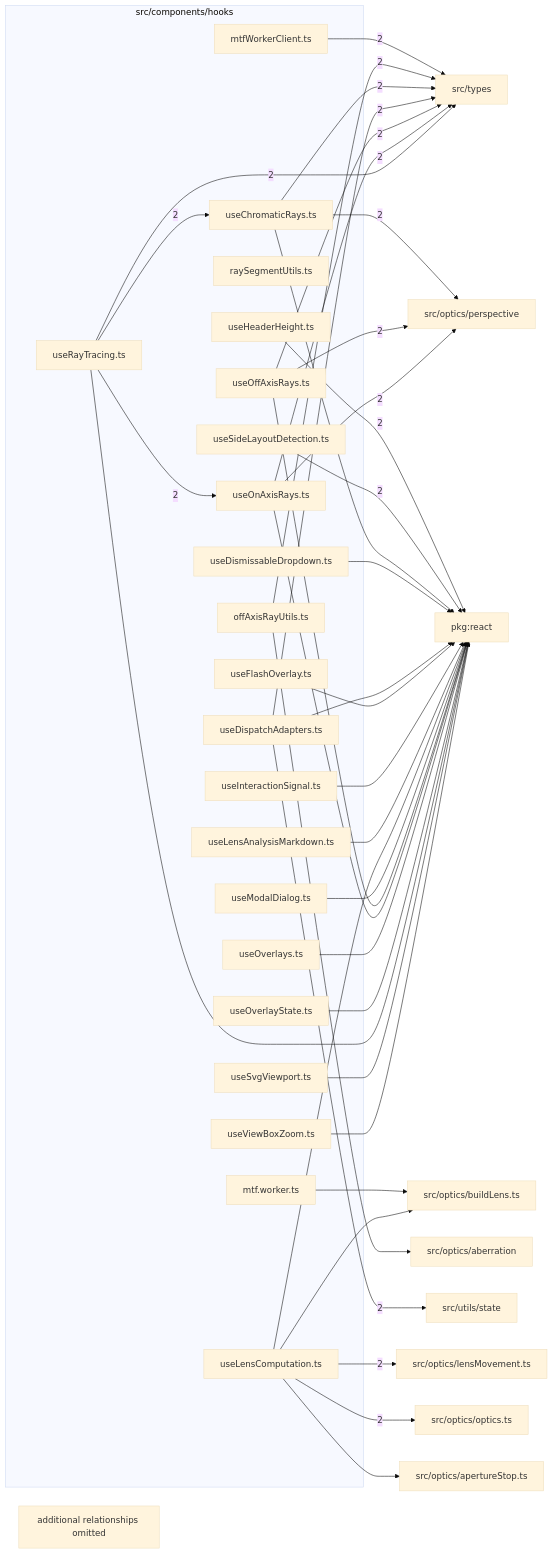
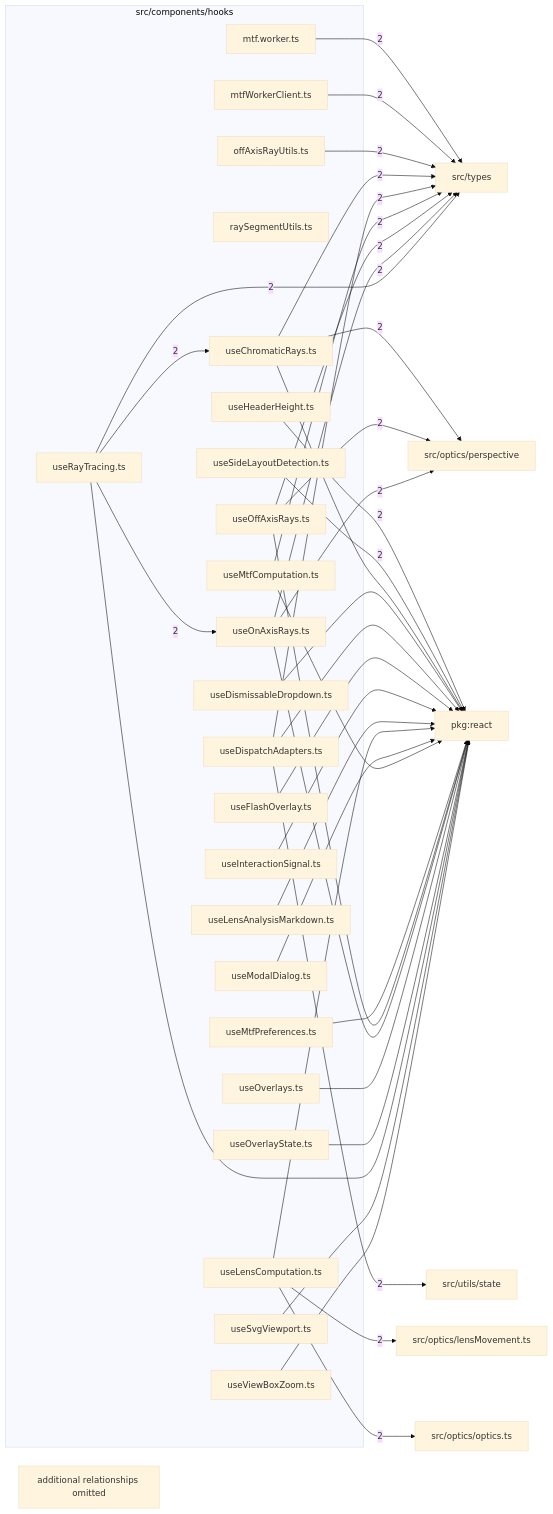
Before and after one commit to ronbuening/LensVisualizer: the diagram in src/components/hooks/readme.md, drawn with Mermaid (base theme). The commit also changed other lines of this file and 41 other files, not shown here.

````diff
--- a/src/components/hooks/readme.md
+++ b/src/components/hooks/readme.md
@@ -9,72 +9,71 @@
 ```mermaid
 flowchart LR
   subgraph n_src_components_hooks["src/components/hooks"]
     n_src_components_hooks_src_components_hooks_mtf_worker_ts["mtf.worker.ts"]
     n_src_components_hooks_src_components_hooks_mtfWorkerClient_ts["mtfWorkerClient.ts"]
     n_src_components_hooks_src_components_hooks_offAxisRayUtils_ts["offAxisRayUtils.ts"]
     n_src_components_hooks_src_components_hooks_raySegmentUtils_ts["raySegmentUtils.ts"]
     n_src_components_hooks_src_components_hooks_useChromaticRays_ts["useChromaticRays.ts"]
     n_src_components_hooks_src_components_hooks_useDismissableDropdown_ts["useDismissableDropdown.ts"]
     n_src_components_hooks_src_components_hooks_useDispatchAdapters_ts["useDispatchAdapters.ts"]
     n_src_components_hooks_src_components_hooks_useFlashOverlay_ts["useFlashOverlay.ts"]
     n_src_components_hooks_src_components_hooks_useHeaderHeight_ts["useHeaderHeight.ts"]
     n_src_components_hooks_src_components_hooks_useInteractionSignal_ts["useInteractionSignal.ts"]
     n_src_components_hooks_src_components_hooks_useLensAnalysisMarkdown_ts["useLensAnalysisMarkdown.ts"]
     n_src_components_hooks_src_components_hooks_useLensComputation_ts["useLensComputation.ts"]
     n_src_components_hooks_src_components_hooks_useModalDialog_ts["useModalDialog.ts"]
+    n_src_components_hooks_src_components_hooks_useMtfComputation_ts["useMtfComputation.ts"]
+    n_src_components_hooks_src_components_hooks_useMtfPreferences_ts["useMtfPreferences.ts"]
     n_src_components_hooks_src_components_hooks_useOffAxisRays_ts["useOffAxisRays.ts"]
     n_src_components_hooks_src_components_hooks_useOnAxisRays_ts["useOnAxisRays.ts"]
     n_src_components_hooks_src_components_hooks_useOverlays_ts["useOverlays.ts"]
     n_src_components_hooks_src_components_hooks_useOverlayState_ts["useOverlayState.ts"]
     n_src_components_hooks_src_components_hooks_useRayTracing_ts["useRayTracing.ts"]
     n_src_components_hooks_src_components_hooks_useSideLayoutDetection_ts["useSideLayoutDetection.ts"]
     n_src_components_hooks_src_components_hooks_useSvgViewport_ts["useSvgViewport.ts"]
     n_src_components_hooks_src_components_hooks_useViewBoxZoom_ts["useViewBoxZoom.ts"]
   end
   n_external_pkg_react["pkg:react"]
   n_external_src_optics_lensMovement_ts["src/optics/lensMovement.ts"]
   n_external_src_optics_optics_ts["src/optics/optics.ts"]
   n_external_src_optics_perspective["src/optics/perspective"]
   n_external_src_types["src/types"]
   n_external_src_utils_state["src/utils/state"]
-  n_external_src_optics_aberration["src/optics/aberration"]
-  n_external_src_optics_apertureStop_ts["src/optics/apertureStop.ts"]
-  n_external_src_optics_buildLens_ts["src/optics/buildLens.ts"]
   n_src_components_hooks_src_components_hooks_useHeaderHeight_ts --> |2| n_external_pkg_react
   n_src_components_hooks_src_components_hooks_useSideLayoutDetection_ts --> |2| n_external_pkg_react
   n_src_components_hooks_src_components_hooks_useLensComputation_ts --> |2| n_external_src_optics_lensMovement_ts
   n_src_components_hooks_src_components_hooks_useLensComputation_ts --> |2| n_external_src_optics_optics_ts
   n_src_components_hooks_src_components_hooks_useChromaticRays_ts --> |2| n_external_src_optics_perspective
   n_src_components_hooks_src_components_hooks_useOffAxisRays_ts --> |2| n_external_src_optics_perspective
   n_src_components_hooks_src_components_hooks_useOnAxisRays_ts --> |2| n_external_src_optics_perspective
+  n_src_components_hooks_src_components_hooks_mtf_worker_ts --> |2| n_external_src_types
   n_src_components_hooks_src_components_hooks_mtfWorkerClient_ts --> |2| n_external_src_types
   n_src_components_hooks_src_components_hooks_offAxisRayUtils_ts --> |2| n_external_src_types
   n_src_components_hooks_src_components_hooks_useChromaticRays_ts --> |2| n_external_src_types
   n_src_components_hooks_src_components_hooks_useDispatchAdapters_ts --> |2| n_external_src_types
+  n_src_components_hooks_src_components_hooks_useMtfComputation_ts --> |2| n_external_src_types
   n_src_components_hooks_src_components_hooks_useOffAxisRays_ts --> |2| n_external_src_types
   n_src_components_hooks_src_components_hooks_useOnAxisRays_ts --> |2| n_external_src_types
   n_src_components_hooks_src_components_hooks_useRayTracing_ts --> |2| n_external_src_types
   n_src_components_hooks_src_components_hooks_useDispatchAdapters_ts --> |2| n_external_src_utils_state
   n_src_components_hooks_src_components_hooks_useRayTracing_ts --> |2| n_src_components_hooks_src_components_hooks_useChromaticRays_ts
   n_src_components_hooks_src_components_hooks_useRayTracing_ts --> |2| n_src_components_hooks_src_components_hooks_useOnAxisRays_ts
   n_src_components_hooks_src_components_hooks_useChromaticRays_ts --> n_external_pkg_react
   n_src_components_hooks_src_components_hooks_useDismissableDropdown_ts --> n_external_pkg_react
   n_src_components_hooks_src_components_hooks_useDispatchAdapters_ts --> n_external_pkg_react
   n_src_components_hooks_src_components_hooks_useFlashOverlay_ts --> n_external_pkg_react
   n_src_components_hooks_src_components_hooks_useInteractionSignal_ts --> n_external_pkg_react
   n_src_components_hooks_src_components_hooks_useLensAnalysisMarkdown_ts --> n_external_pkg_react
   n_src_components_hooks_src_components_hooks_useLensComputation_ts --> n_external_pkg_react
   n_src_components_hooks_src_components_hooks_useModalDialog_ts --> n_external_pkg_react
+  n_src_components_hooks_src_components_hooks_useMtfComputation_ts --> n_external_pkg_react
+  n_src_components_hooks_src_components_hooks_useMtfPreferences_ts --> n_external_pkg_react
   n_src_components_hooks_src_components_hooks_useOffAxisRays_ts --> n_external_pkg_react
   n_src_components_hooks_src_components_hooks_useOnAxisRays_ts --> n_external_pkg_react
   n_src_components_hooks_src_components_hooks_useOverlays_ts --> n_external_pkg_react
   n_src_components_hooks_src_components_hooks_useOverlayState_ts --> n_external_pkg_react
   n_src_components_hooks_src_components_hooks_useRayTracing_ts --> n_external_pkg_react
   n_src_components_hooks_src_components_hooks_useSvgViewport_ts --> n_external_pkg_react
   n_src_components_hooks_src_components_hooks_useViewBoxZoom_ts --> n_external_pkg_react
-  n_src_components_hooks_src_components_hooks_offAxisRayUtils_ts --> n_external_src_optics_aberration
-  n_src_components_hooks_src_components_hooks_useLensComputation_ts --> n_external_src_optics_apertureStop_ts
-  n_src_components_hooks_src_components_hooks_mtf_worker_ts --> n_external_src_optics_buildLens_ts
-  n_src_components_hooks_src_components_hooks_useLensComputation_ts --> n_external_src_optics_buildLens_ts
   n_src_components_hooks_truncated["additional relationships omitted"]
 ```
````
